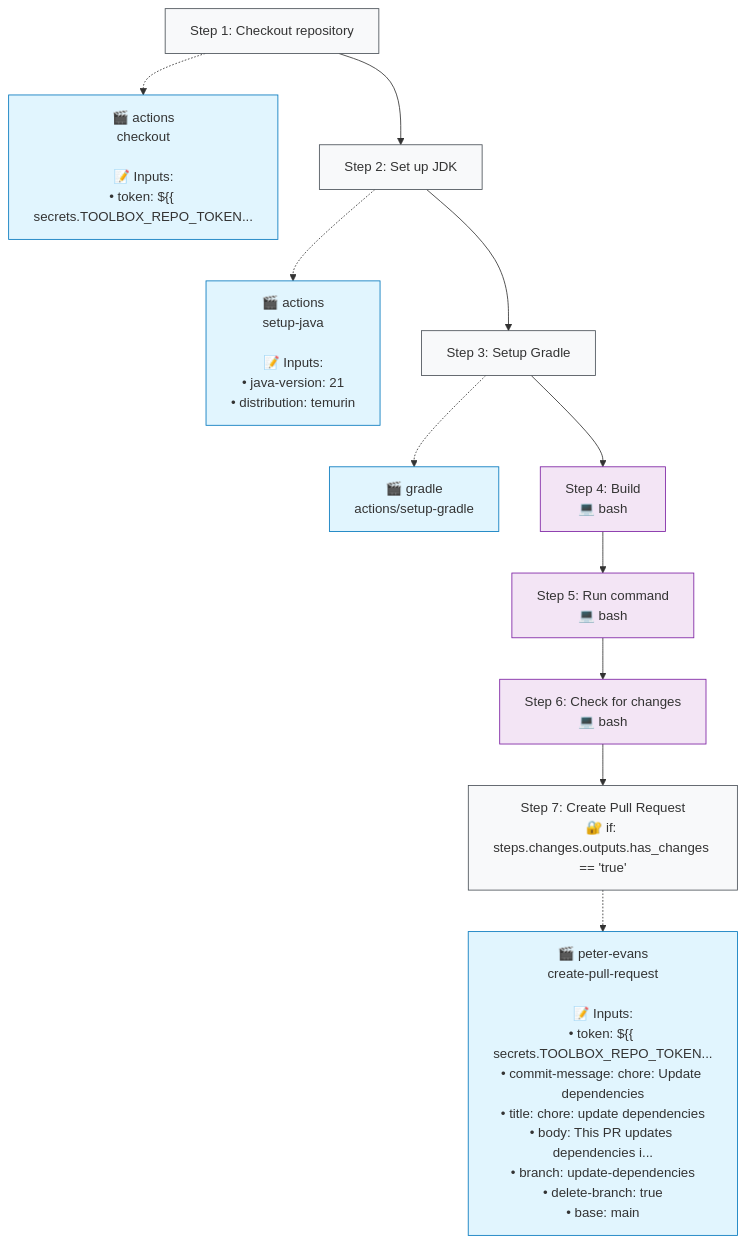
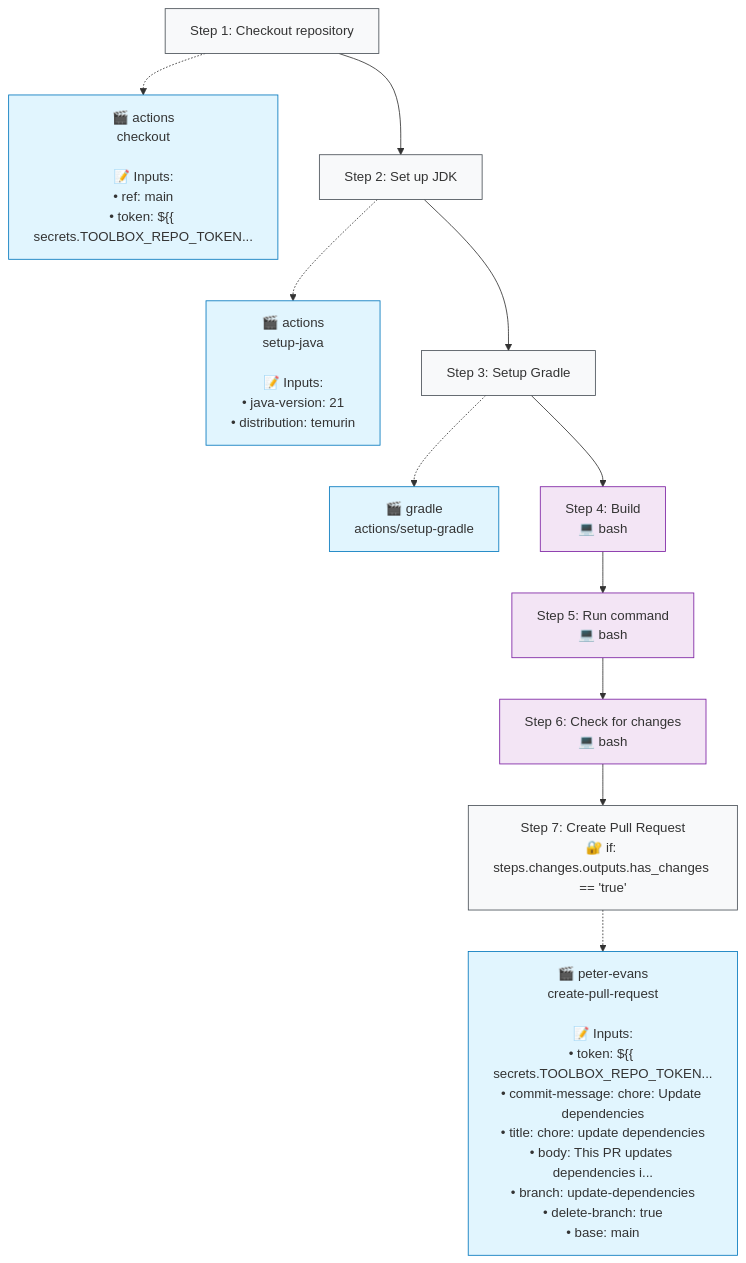
The second of 2 diagrams in .github/typeflows/update-dependencies/README.md (http4k/typeflows), drawn with Mermaid before and after one commit. The commit also changed 3 other files, not shown here.

````diff
--- a/.github/typeflows/update-dependencies/README.md
+++ b/.github/typeflows/update-dependencies/README.md
@@ -24,36 +24,36 @@
 ```mermaid
 %%{init: {"flowchart": {"curve": "basis"}}}%%
 flowchart TD
     step1["Step 1: Checkout repository"]
     style step1 fill:#f8f9fa,stroke:#495057
-    action1["🎬 actions<br/>checkout<br/><br/>📝 Inputs:<br/>• token: ${{ secrets.TOOLBOX_REPO_TOKEN..."]
+    action1["🎬 actions<br/>checkout<br/><br/>📝 Inputs:<br/>• ref: main<br/>• token: ${{ secrets.TOOLBOX_REPO_TOKEN..."]
     style action1 fill:#e1f5fe,stroke:#0277bd
     step1 -.-> action1
     step2["Step 2: Set up JDK"]
     style step2 fill:#f8f9fa,stroke:#495057
     action2["🎬 actions<br/>setup-java<br/><br/>📝 Inputs:<br/>• java-version: 21<br/>• distribution: temurin"]
     style action2 fill:#e1f5fe,stroke:#0277bd
     step2 -.-> action2
     step1 --> step2
     step3["Step 3: Setup Gradle"]
     style step3 fill:#f8f9fa,stroke:#495057
     action3["🎬 gradle<br/>actions/setup-gradle"]
     style action3 fill:#e1f5fe,stroke:#0277bd
     step3 -.-> action3
     step2 --> step3
     step4["Step 4: Build<br/>💻 bash"]
     style step4 fill:#f3e5f5,stroke:#7b1fa2
     step3 --> step4
     step5["Step 5: Run command<br/>💻 bash"]
     style step5 fill:#f3e5f5,stroke:#7b1fa2
     step4 --> step5
     step6["Step 6: Check for changes<br/>💻 bash"]
     style step6 fill:#f3e5f5,stroke:#7b1fa2
     step5 --> step6
     step7["Step 7: Create Pull Request<br/>🔐 if: steps.changes.outputs.has_changes == 'true'"]
     style step7 fill:#f8f9fa,stroke:#495057
     action7["🎬 peter-evans<br/>create-pull-request<br/><br/>📝 Inputs:<br/>• token: ${{ secrets.TOOLBOX_REPO_TOKEN...<br/>• commit-message: chore: Update dependencies<br/>• title: chore: update dependencies<br/>• body: This PR updates dependencies i...<br/>• branch: update-dependencies<br/>• delete-branch: true<br/>• base: main"]
     style action7 fill:#e1f5fe,stroke:#0277bd
     step7 -.-> action7
     step6 --> step7
 ```
````
